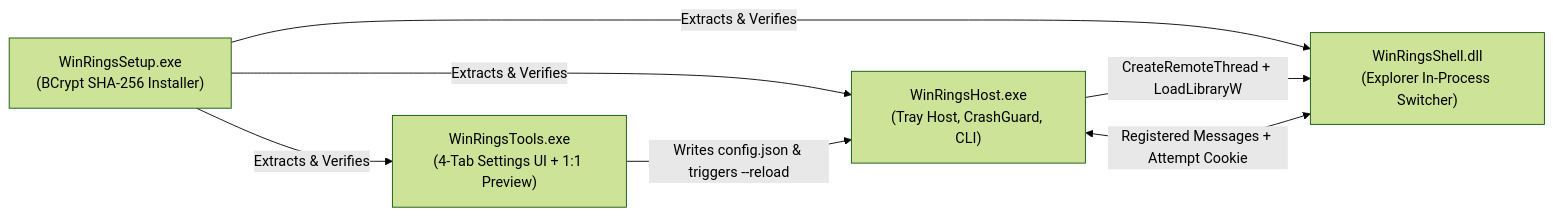
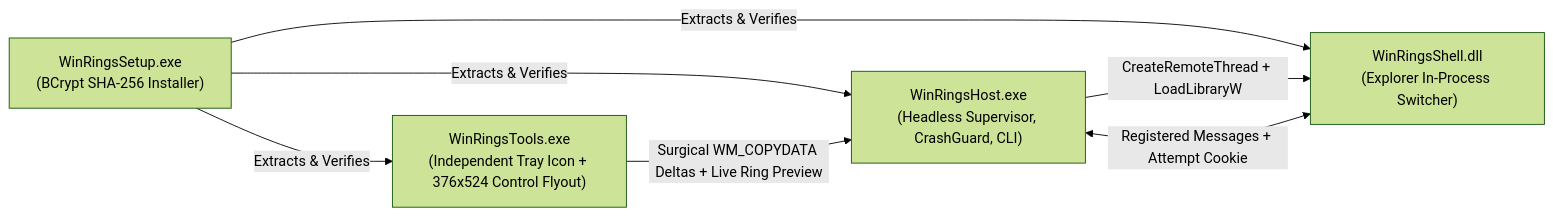
One commit to AhmadotEng/WinRings changed the diagram in docs/ARCHITECTURE.md. Above: the diagram before and after it, drawn with Mermaid (forest theme). The commit also changed other lines of this file and 38 other files, not shown here.

Commit message:
Release v3.1.0: Multi-Profile Rings, Direct2D Tray Flyout, Hidden Search Pins & Win-Chord Recovery

````diff
--- a/docs/ARCHITECTURE.md
+++ b/docs/ARCHITECTURE.md
@@ -9,10 +9,10 @@
 ```mermaid
 flowchart LR
-    Setup["WinRingsSetup.exe<br/>(BCrypt SHA-256 Installer)"] -->|Extracts & Verifies| Host["WinRingsHost.exe<br/>(Tray Host, CrashGuard, CLI)"]
+    Setup["WinRingsSetup.exe<br/>(BCrypt SHA-256 Installer)"] -->|Extracts & Verifies| Host["WinRingsHost.exe<br/>(Headless Supervisor, CrashGuard, CLI)"]
     Setup -->|Extracts & Verifies| Shell["WinRingsShell.dll<br/>(Explorer In-Process Switcher)"]
-    Setup -->|Extracts & Verifies| Tools["WinRingsTools.exe<br/>(4-Tab Settings UI + 1:1 Preview)"]
+    Setup -->|Extracts & Verifies| Tools["WinRingsTools.exe<br/>(Independent Tray Icon + 376x524 Control Flyout)"]
 
     Host -->|CreateRemoteThread + LoadLibraryW| Shell
     Host <-->|Registered Messages + Attempt Cookie| Shell
-    Tools -->|Writes config.json & triggers --reload| Host
+    Tools -->|Surgical WM_COPYDATA Deltas + Live Ring Preview| Host
 ```
````
